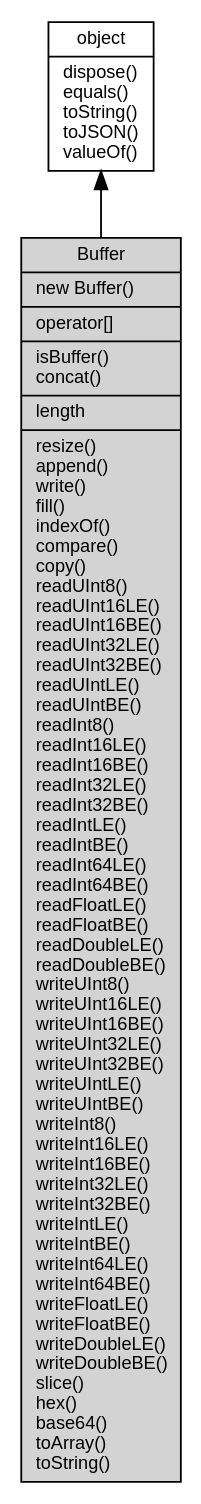
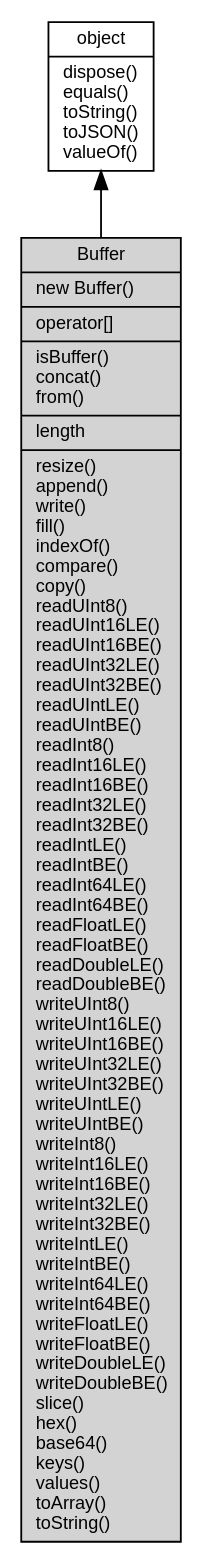
Before and after one commit to fibjs/fibjs.org: the diagram in docs/manual/object/ifs/Buffer.md, drawn with Graphviz. The commit also changed other lines of this file and 6 other files, not shown here.

````diff
--- a/docs/manual/object/ifs/Buffer.md
+++ b/docs/manual/object/ifs/Buffer.md
@@ -11,10 +11,10 @@
 ```dot
 digraph {
     node [fontname="Helvetica,sans-Serif", fontsize=10, shape="record", style="filled", fillcolor="white"];
 
     object [tooltip="object", URL="object.md", label="{object|dispose()\lequals()\ltoString()\ltoJSON()\lvalueOf()\l}"];
-    Buffer [tooltip="Buffer", fillcolor="lightgray", label="{Buffer|new Buffer()\l|operator[]\l|isBuffer()\lconcat()\l|length\l|resize()\lappend()\lwrite()\lfill()\lindexOf()\lcompare()\lcopy()\lreadUInt8()\lreadUInt16LE()\lreadUInt16BE()\lreadUInt32LE()\lreadUInt32BE()\lreadUIntLE()\lreadUIntBE()\lreadInt8()\lreadInt16LE()\lreadInt16BE()\lreadInt32LE()\lreadInt32BE()\lreadIntLE()\lreadIntBE()\lreadInt64LE()\lreadInt64BE()\lreadFloatLE()\lreadFloatBE()\lreadDoubleLE()\lreadDoubleBE()\lwriteUInt8()\lwriteUInt16LE()\lwriteUInt16BE()\lwriteUInt32LE()\lwriteUInt32BE()\lwriteUIntLE()\lwriteUIntBE()\lwriteInt8()\lwriteInt16LE()\lwriteInt16BE()\lwriteInt32LE()\lwriteInt32BE()\lwriteIntLE()\lwriteIntBE()\lwriteInt64LE()\lwriteInt64BE()\lwriteFloatLE()\lwriteFloatBE()\lwriteDoubleLE()\lwriteDoubleBE()\lslice()\lhex()\lbase64()\ltoArray()\ltoString()\l}"];
+    Buffer [tooltip="Buffer", fillcolor="lightgray", label="{Buffer|new Buffer()\l|operator[]\l|isBuffer()\lconcat()\lfrom()\l|length\l|resize()\lappend()\lwrite()\lfill()\lindexOf()\lcompare()\lcopy()\lreadUInt8()\lreadUInt16LE()\lreadUInt16BE()\lreadUInt32LE()\lreadUInt32BE()\lreadUIntLE()\lreadUIntBE()\lreadInt8()\lreadInt16LE()\lreadInt16BE()\lreadInt32LE()\lreadInt32BE()\lreadIntLE()\lreadIntBE()\lreadInt64LE()\lreadInt64BE()\lreadFloatLE()\lreadFloatBE()\lreadDoubleLE()\lreadDoubleBE()\lwriteUInt8()\lwriteUInt16LE()\lwriteUInt16BE()\lwriteUInt32LE()\lwriteUInt32BE()\lwriteUIntLE()\lwriteUIntBE()\lwriteInt8()\lwriteInt16LE()\lwriteInt16BE()\lwriteInt32LE()\lwriteInt32BE()\lwriteIntLE()\lwriteIntBE()\lwriteInt64LE()\lwriteInt64BE()\lwriteFloatLE()\lwriteFloatBE()\lwriteDoubleLE()\lwriteDoubleBE()\lslice()\lhex()\lbase64()\lkeys()\lvalues()\ltoArray()\ltoString()\l}"];
 
     object -> Buffer [dir=back];
 }
 ```
````
